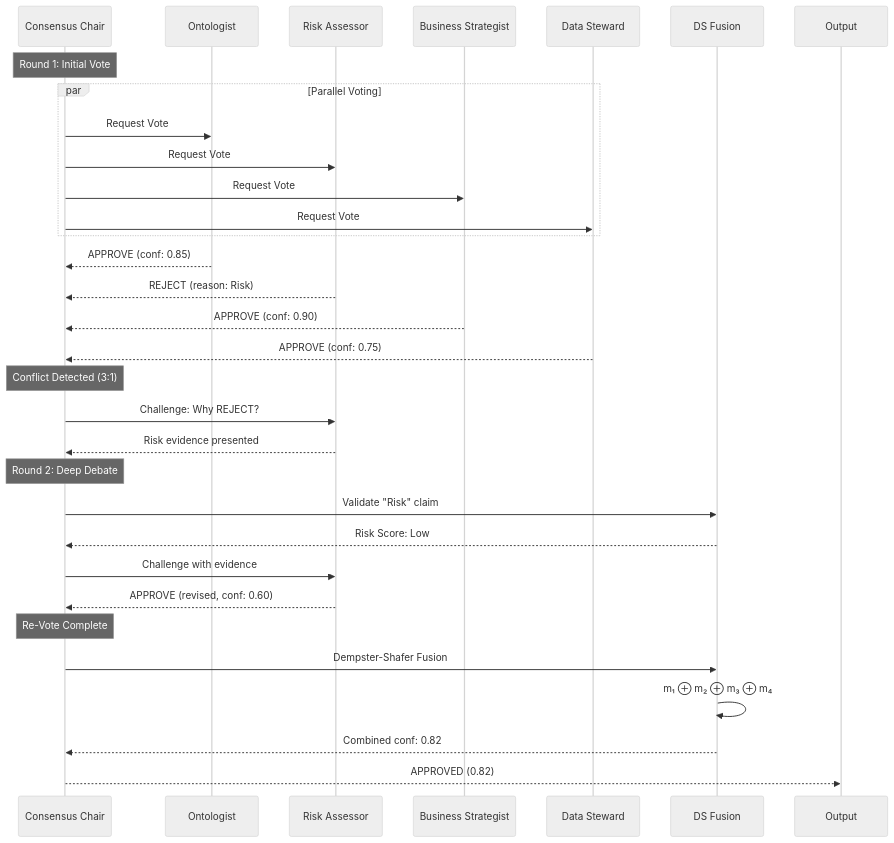
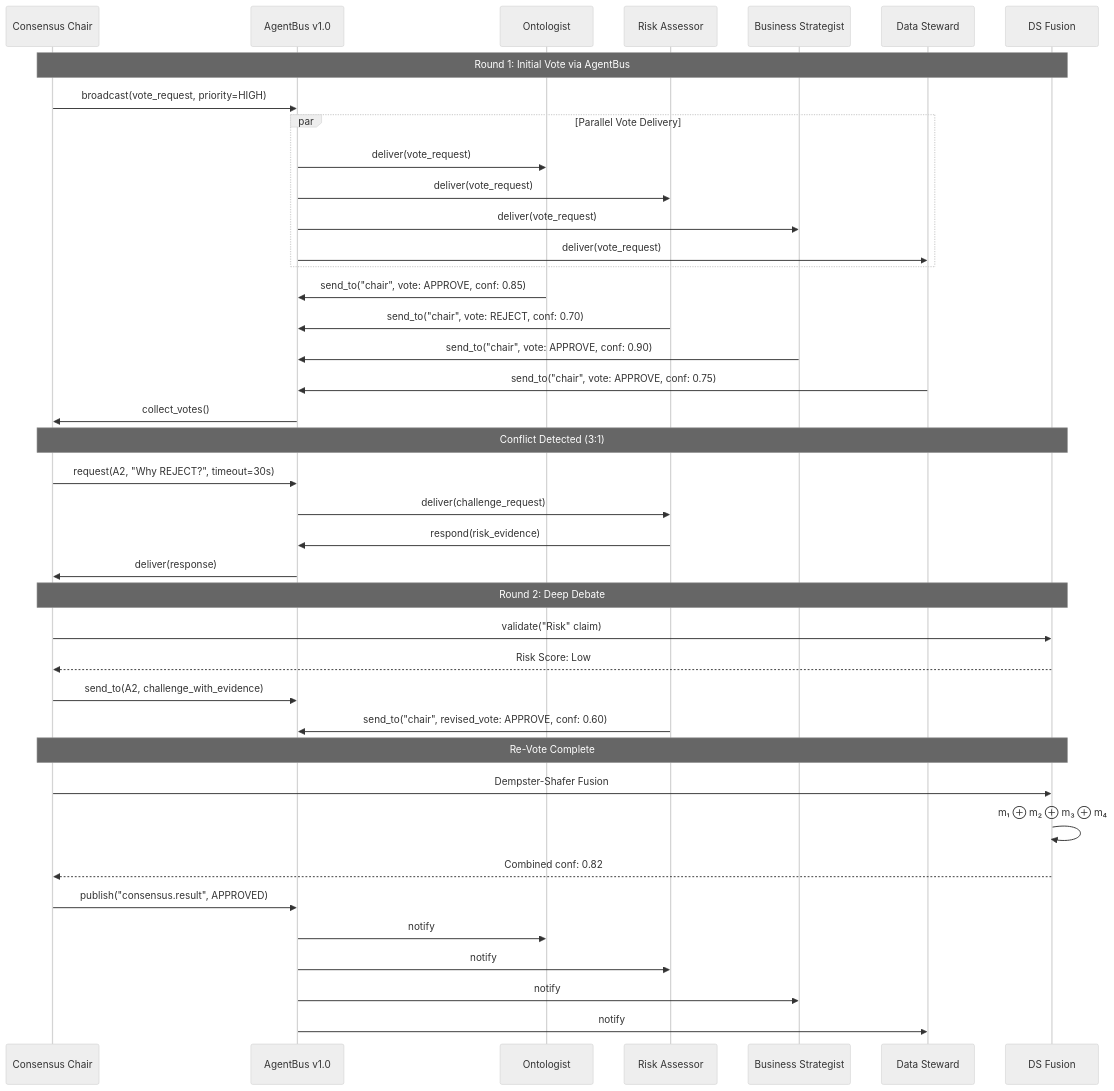
One commit to sabill123/ontology changed the second of 11 diagrams in docs/diagrams/04-consensus-engine.md. Above: the diagram before and after it, drawn with Mermaid (neutral theme). The commit also changed other lines of this file and 176 other files, not shown here.

````diff
--- a/docs/diagrams/04-consensus-engine.md
+++ b/docs/diagrams/04-consensus-engine.md
@@ -72,44 +81,55 @@
 ```mermaid
 sequenceDiagram
     participant Chair as Consensus Chair
+    participant BUS as AgentBus v1.0
     participant A1 as Ontologist
     participant A2 as Risk Assessor
     participant A3 as Business Strategist
     participant A4 as Data Steward
     participant DS as DS Fusion
 
-    Note over Chair: Round 1: Initial Vote
+    Note over Chair,DS: Round 1: Initial Vote via AgentBus
 
-    par Parallel Voting
-        Chair->>A1: Request Vote
-        Chair->>A2: Request Vote
-        Chair->>A3: Request Vote
-        Chair->>A4: Request Vote
+    Chair->>BUS: broadcast(vote_request, priority=HIGH)
+
+    par Parallel Vote Delivery
+        BUS->>A1: deliver(vote_request)
+        BUS->>A2: deliver(vote_request)
+        BUS->>A3: deliver(vote_request)
+        BUS->>A4: deliver(vote_request)
     end
 
-    A1-->>Chair: APPROVE (conf: 0.85)
-    A2-->>Chair: REJECT (reason: Risk)
-    A3-->>Chair: APPROVE (conf: 0.90)
-    A4-->>Chair: APPROVE (conf: 0.75)
+    A1->>BUS: send_to("chair", vote: APPROVE, conf: 0.85)
+    A2->>BUS: send_to("chair", vote: REJECT, conf: 0.70)
+    A3->>BUS: send_to("chair", vote: APPROVE, conf: 0.90)
+    A4->>BUS: send_to("chair", vote: APPROVE, conf: 0.75)
 
-    Note over Chair: Conflict Detected (3:1)
+    BUS->>Chair: collect_votes()
 
-    Chair->>A2: Challenge: Why REJECT?
-    A2-->>Chair: Risk evidence presented
+    Note over Chair,DS: Conflict Detected (3:1)
 
-    Note over Chair: Round 2: Deep Debate
+    Chair->>BUS: request(A2, "Why REJECT?", timeout=30s)
+    BUS->>A2: deliver(challenge_request)
+    A2->>BUS: respond(risk_evidence)
+    BUS->>Chair: deliver(response)
 
-    Chair->>DS: Validate "Risk" claim
+    Note over Chair,DS: Round 2: Deep Debate
+
+    Chair->>DS: validate("Risk" claim)
     DS-->>Chair: Risk Score: Low
 
-    Chair->>A2: Challenge with evidence
-    A2-->>Chair: APPROVE (revised, conf: 0.60)
+    Chair->>BUS: send_to(A2, challenge_with_evidence)
+    A2->>BUS: send_to("chair", revised_vote: APPROVE, conf: 0.60)
 
-    Note over Chair: Re-Vote Complete
+    Note over Chair,DS: Re-Vote Complete
 
     Chair->>DS: Dempster-Shafer Fusion
     DS->>DS: m₁ ⊕ m₂ ⊕ m₃ ⊕ m₄
     DS-->>Chair: Combined conf: 0.82
 
-    Chair-->>Output: APPROVED (0.82)
+    Chair->>BUS: publish("consensus.result", APPROVED)
+    BUS->>A1: notify
+    BUS->>A2: notify
+    BUS->>A3: notify
+    BUS->>A4: notify
 ```
````
